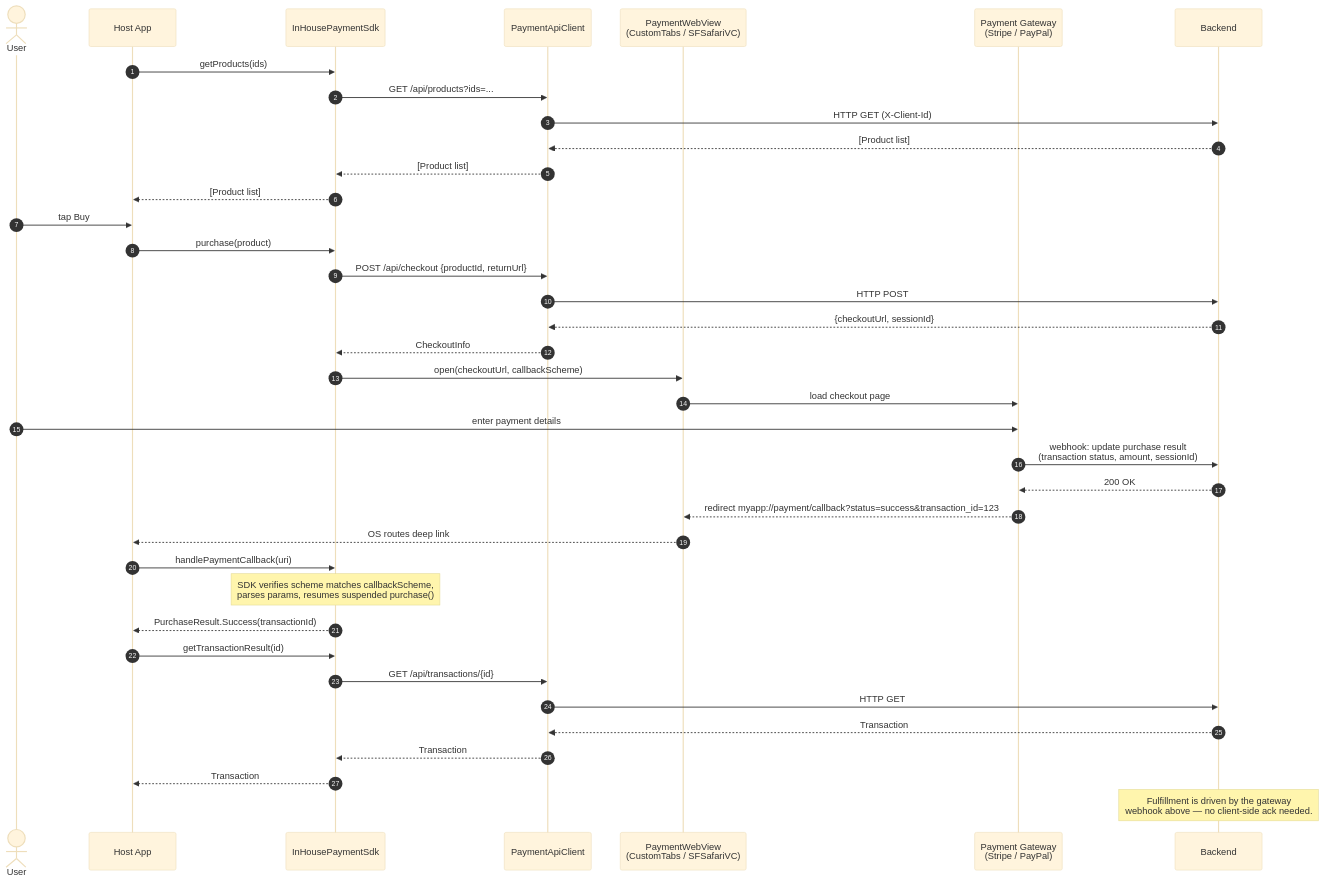
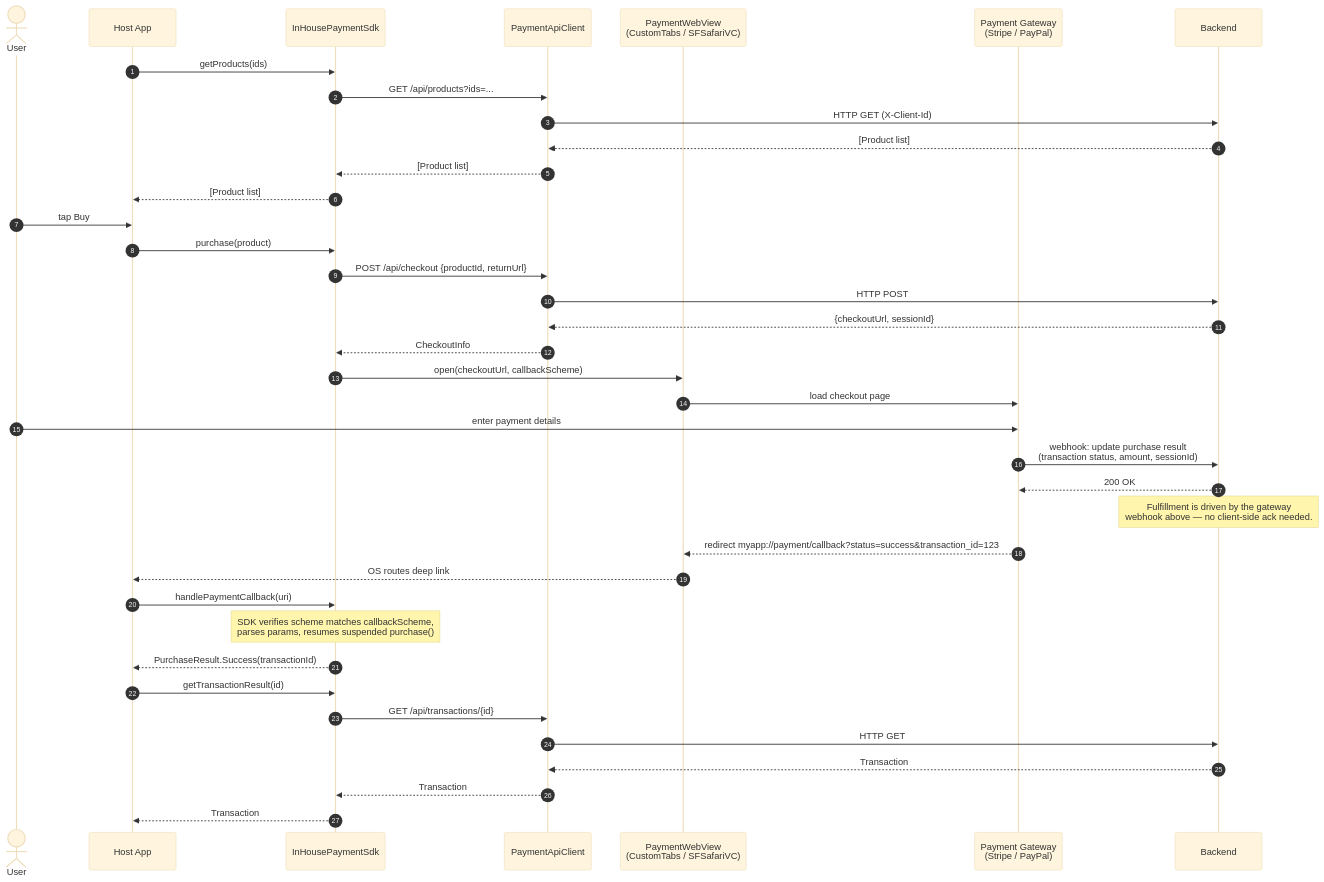
The first of 2 diagrams in README.md (KhangTranUney/SharedPaymentSdk), drawn with Mermaid (base theme) before and after one commit. The commit also changed other lines of this file, not shown here.

First line of the commit message:
Move fulfillment note next to gateway webhook in section 3c

````diff
--- a/README.md
+++ b/README.md
@@ -144,43 +144,43 @@
 ```mermaid
 sequenceDiagram
     autonumber
     actor User
     participant App as Host App
     participant SDK as InHousePaymentSdk
     participant API as PaymentApiClient
     participant Web as PaymentWebView<br/>(CustomTabs / SFSafariVC)
     participant GW as Payment Gateway<br/>(Stripe / PayPal)
     participant BE as Backend
 
     App->>SDK: getProducts(ids)
     SDK->>API: GET /api/products?ids=...
     API->>BE: HTTP GET (X-Client-Id)
     BE-->>API: [Product list]
     API-->>SDK: [Product list]
     SDK-->>App: [Product list]
 
     User->>App: tap Buy
     App->>SDK: purchase(product)
     SDK->>API: POST /api/checkout {productId, returnUrl}
     API->>BE: HTTP POST
     BE-->>API: {checkoutUrl, sessionId}
     API-->>SDK: CheckoutInfo
     SDK->>Web: open(checkoutUrl, callbackScheme)
     Web->>GW: load checkout page
     User->>GW: enter payment details
     GW->>BE: webhook: update purchase result<br/>(transaction status, amount, sessionId)
     BE-->>GW: 200 OK
+    Note over BE: Fulfillment is driven by the gateway<br/>webhook above — no client-side ack needed.
     GW-->>Web: redirect myapp://payment/callback?status=success&transaction_id=123
     Web-->>App: OS routes deep link
     App->>SDK: handlePaymentCallback(uri)
     Note over SDK: SDK verifies scheme matches callbackScheme,<br/>parses params, resumes suspended purchase()
     SDK-->>App: PurchaseResult.Success(transactionId)
 
     App->>SDK: getTransactionResult(id)
     SDK->>API: GET /api/transactions/{id}
     API->>BE: HTTP GET
     BE-->>API: Transaction
     API-->>SDK: Transaction
     SDK-->>App: Transaction
-    Note over BE: Fulfillment is driven by the gateway<br/>webhook above — no client-side ack needed.
 ```
````
